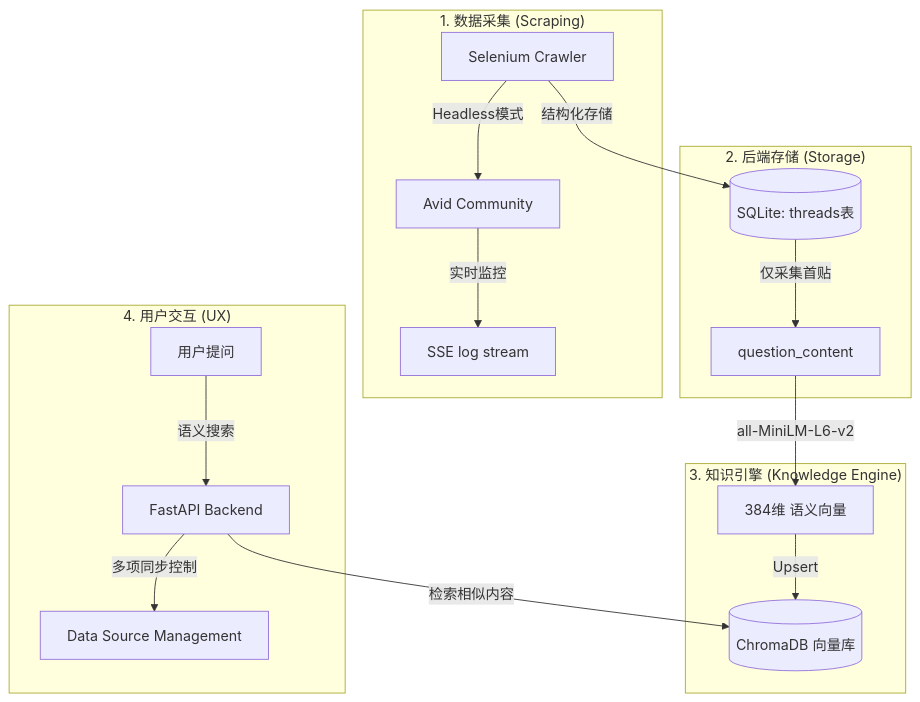
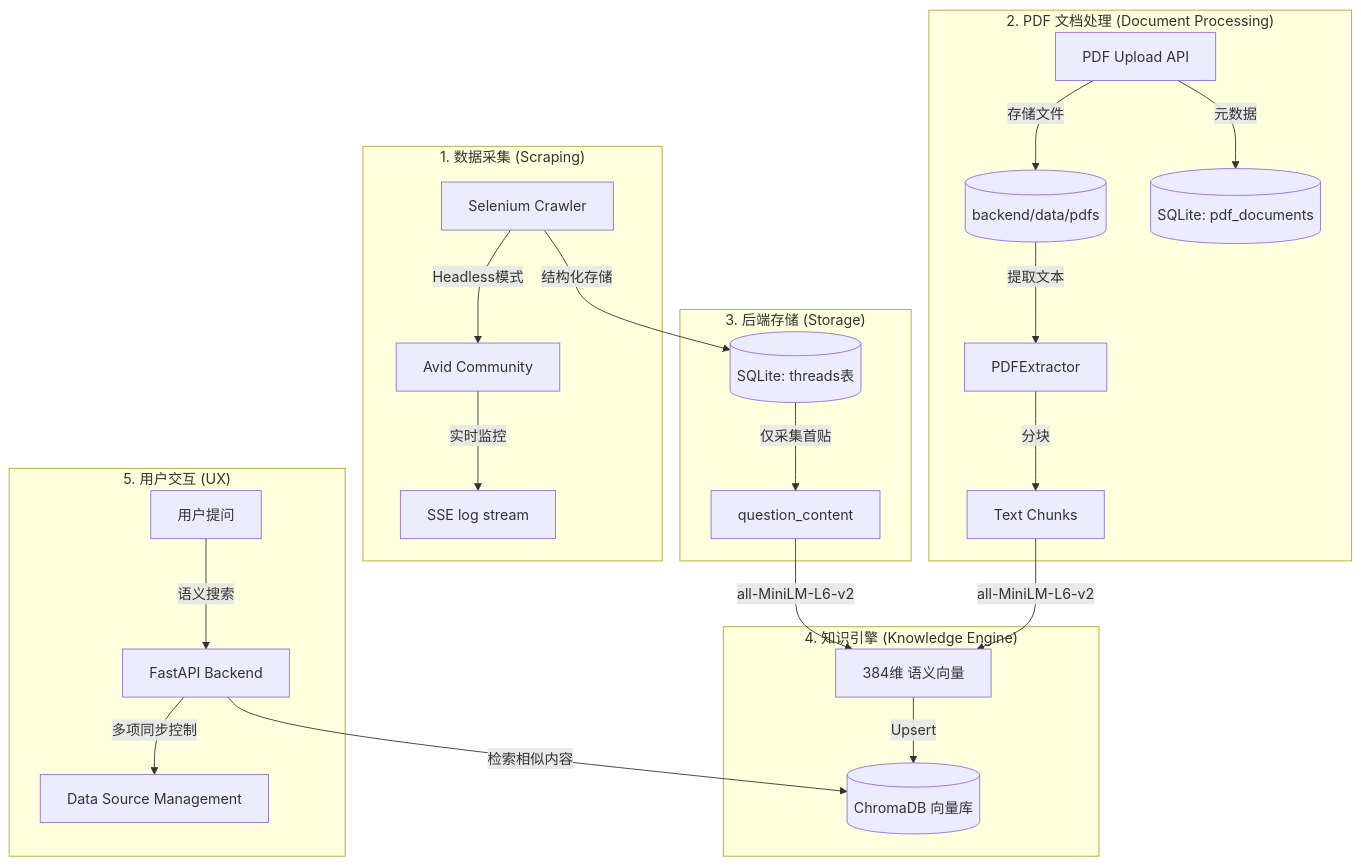
The first of 2 diagrams in README.md (devildi/avidwiki), drawn with Mermaid before and after one commit. The commit also changed other lines of this file, not shown here.

````diff
--- a/README.md
+++ b/README.md
@@ -11,23 +11,31 @@
 ```mermaid
 graph TD
     subgraph "1. 数据采集 (Scraping)"
         Crawler[Selenium Crawler] -->|Headless模式| Forum[Avid Community]
         Forum -->|实时监控| SSE[SSE log stream]
     end
-    
-    subgraph "2. 后端存储 (Storage)"
+
+    subgraph "2. PDF 文档处理 (Document Processing)"
+        Upload[PDF Upload API] -->|存储文件| PDFStorage[(backend/data/pdfs)]
+        Upload -->|元数据| SQLitePDF[(SQLite: pdf_documents)]
+        PDFStorage -->|提取文本| PDFExtractor[PDFExtractor]
+        PDFExtractor -->|分块| Chunks[Text Chunks]
+    end
+
+    subgraph "3. 后端存储 (Storage)"
         Crawler -->|结构化存储| SQLite[(SQLite: threads表)]
         SQLite -->|仅采集首贴| QC[question_content]
     end
 
-    subgraph "3. 知识引擎 (Knowledge Engine)"
+    subgraph "4. 知识引擎 (Knowledge Engine)"
         QC -->|all-MiniLM-L6-v2| Embedding[384维 语义向量]
+        Chunks -->|all-MiniLM-L6-v2| Embedding
         Embedding -->|Upsert| ChromaDB[(ChromaDB 向量库)]
     end
 
-    subgraph "4. 用户交互 (UX)"
+    subgraph "5. 用户交互 (UX)"
         User[用户提问] -->|语义搜索| BE[FastAPI Backend]
         BE -->|检索相似内容| ChromaDB
         BE -->|多项同步控制| Settings[Data Source Management]
     end
 ```
````
